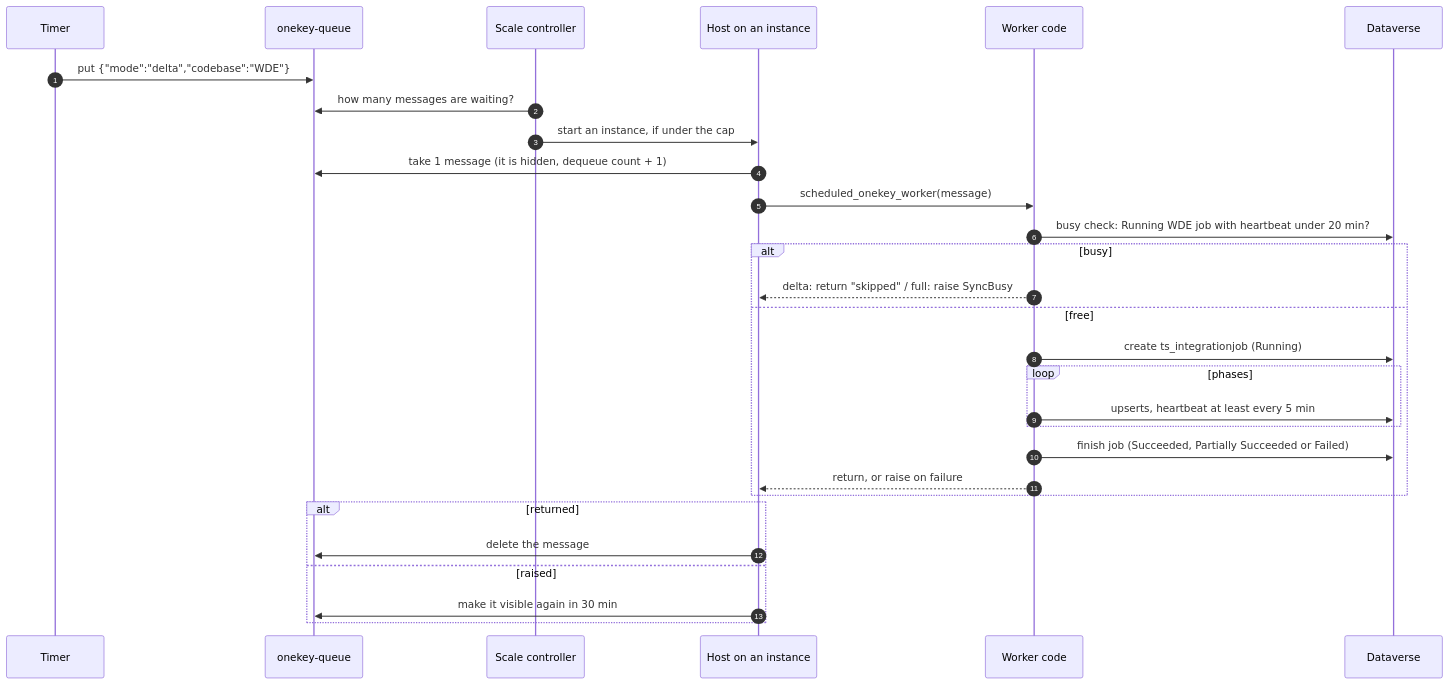
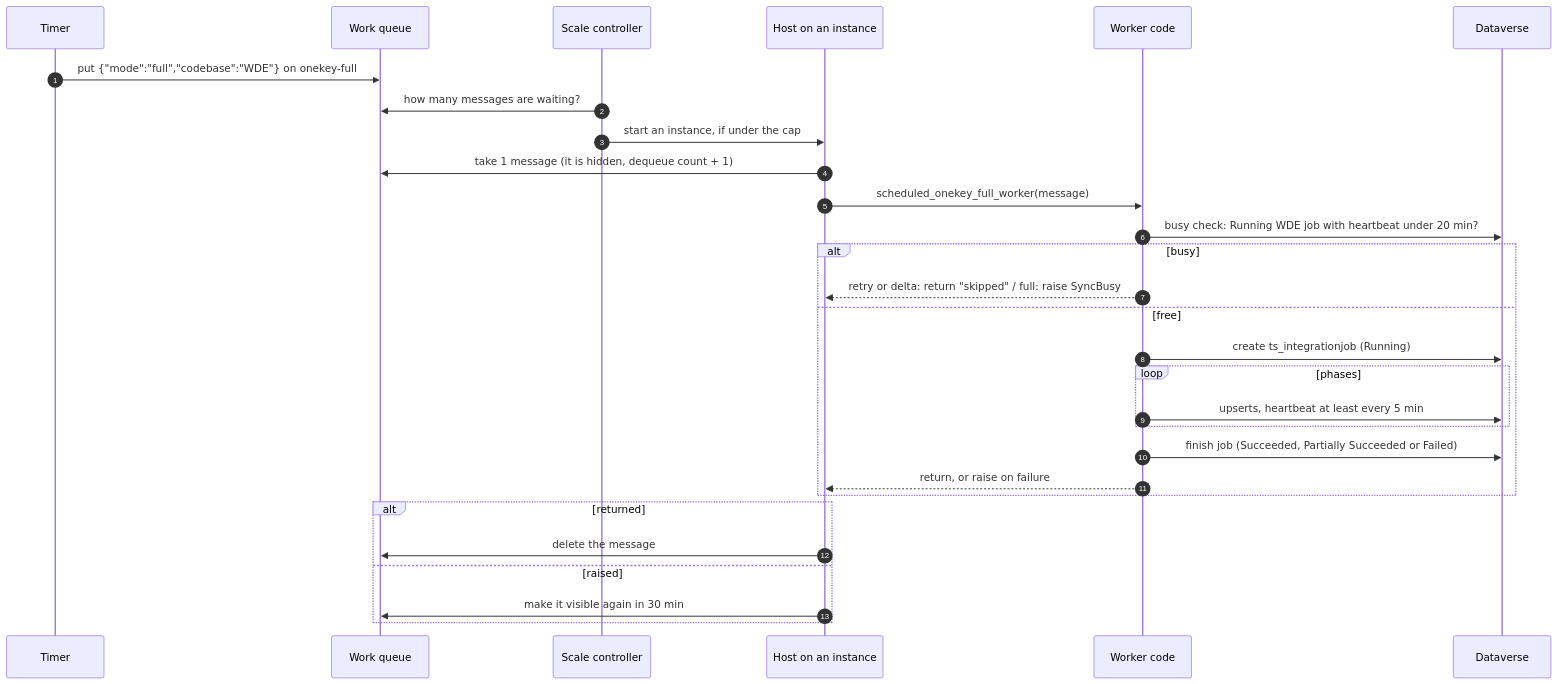
One commit to duncan-doan/onekey-paion-integration changed the second of 5 diagrams in docs/QUEUE_ARCHITECTURE.md. Above: the diagram before and after it, drawn with Mermaid. The commit also changed other lines of this file and 10 other files, not shown here.

````diff
--- a/docs/QUEUE_ARCHITECTURE.md
+++ b/docs/QUEUE_ARCHITECTURE.md
@@ -55,32 +64,32 @@
 ```mermaid
 sequenceDiagram
     autonumber
     participant T as Timer
-    participant Q as onekey-queue
+    participant Q as Work queue
     participant S as Scale controller
     participant H as Host on an instance
     participant W as Worker code
     participant D as Dataverse
 
-    T->>Q: put {"mode":"delta","codebase":"WDE"}
+    T->>Q: put {"mode":"full","codebase":"WDE"} on onekey-full
     S->>Q: how many messages are waiting?
     S->>H: start an instance, if under the cap
     H->>Q: take 1 message (it is hidden, dequeue count + 1)
-    H->>W: scheduled_onekey_worker(message)
+    H->>W: scheduled_onekey_full_worker(message)
     W->>D: busy check: Running WDE job with heartbeat under 20 min?
     alt busy
-        W-->>H: delta: return "skipped" / full: raise SyncBusy
+        W-->>H: retry or delta: return "skipped" / full: raise SyncBusy
     else free
         W->>D: create ts_integrationjob (Running)
         loop phases
             W->>D: upserts, heartbeat at least every 5 min
         end
         W->>D: finish job (Succeeded, Partially Succeeded or Failed)
         W-->>H: return, or raise on failure
     end
     alt returned
         H->>Q: delete the message
     else raised
         H->>Q: make it visible again in 30 min
     end
 ```
````
